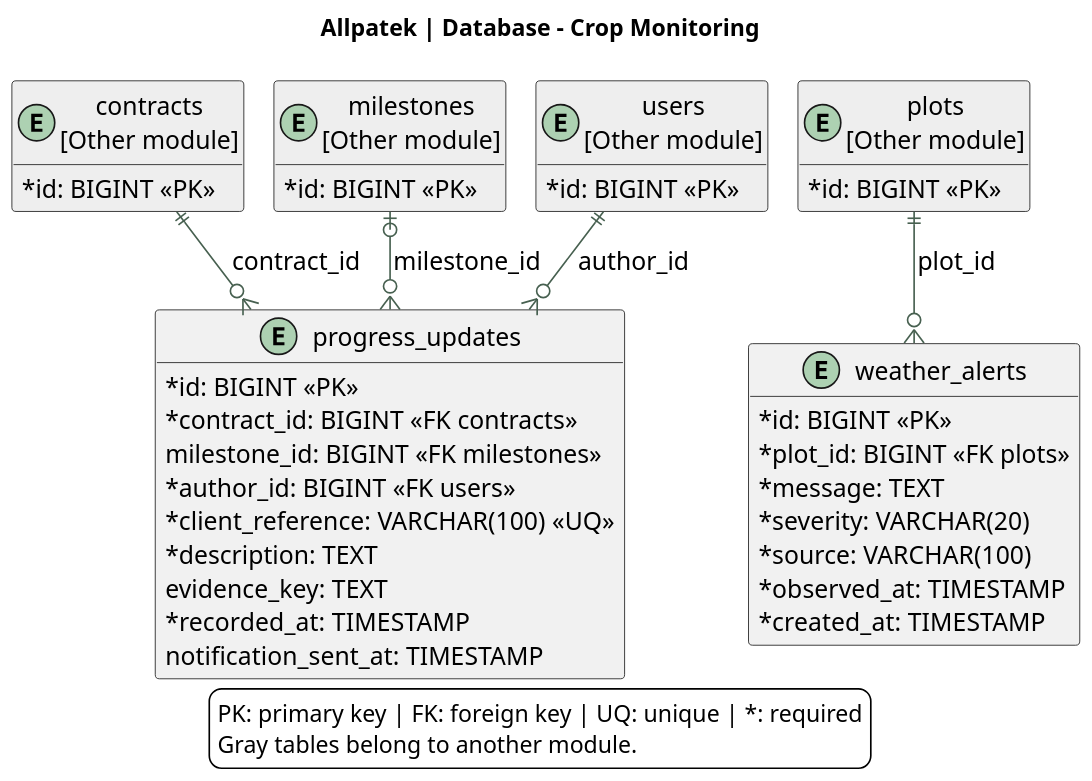
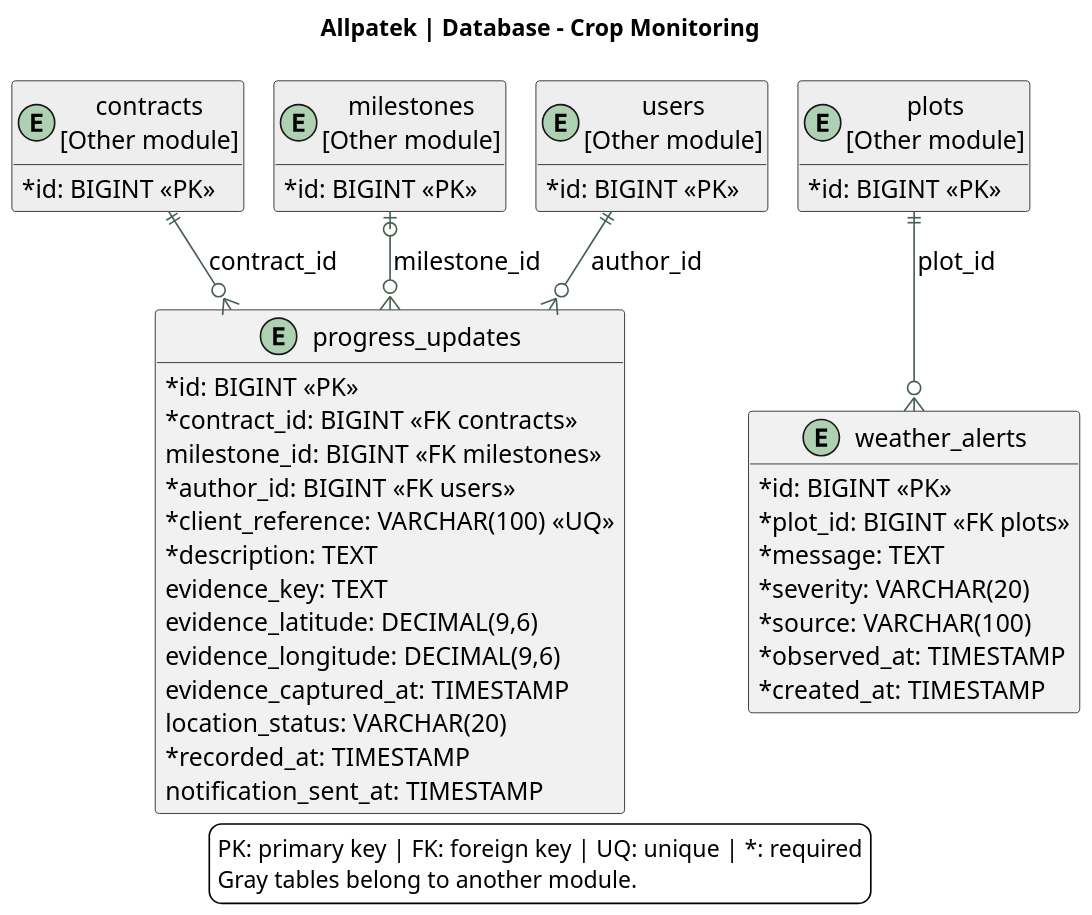
The diagram in assets/chapter-04/architecture/17-database-monitoring.puml (upc-pre-202620-1asi0729-7753-Terranova/allpatek-report), drawn with PlantUML before and after one commit. The commit also changed 12 other files, not shown here.

Commit message:
docs(architecture): add verification and evidence fields

```diff
--- a/assets/chapter-04/architecture/17-database-monitoring.puml
+++ b/assets/chapter-04/architecture/17-database-monitoring.puml
@@ -1,53 +1,57 @@
 @startuml
 !pragma layout smetana
 skinparam backgroundColor white
 skinparam defaultFontName SansSerif
 skinparam defaultFontSize 15
 skinparam shadowing false
 skinparam classAttributeIconSize 0
 skinparam ArrowColor #476050
 skinparam dpi 140
 title Allpatek | Database - Crop Monitoring
 top to bottom direction
 hide methods
 entity "progress_updates" as progress_updates {
  {field} * id: BIGINT <<PK>>
  {field} * contract_id: BIGINT <<FK contracts>>
  {field} milestone_id: BIGINT <<FK milestones>>
  {field} * author_id: BIGINT <<FK users>>
  {field} * client_reference: VARCHAR(100) <<UQ>>
  {field} * description: TEXT
  {field} evidence_key: TEXT
+ {field} evidence_latitude: DECIMAL(9,6)
+ {field} evidence_longitude: DECIMAL(9,6)
+ {field} evidence_captured_at: TIMESTAMP
+ {field} location_status: VARCHAR(20)
  {field} * recorded_at: TIMESTAMP
  {field} notification_sent_at: TIMESTAMP
 }
 entity "weather_alerts" as weather_alerts {
  {field} * id: BIGINT <<PK>>
  {field} * plot_id: BIGINT <<FK plots>>
  {field} * message: TEXT
  {field} * severity: VARCHAR(20)
  {field} * source: VARCHAR(100)
  {field} * observed_at: TIMESTAMP
  {field} * created_at: TIMESTAMP
 }
 entity "contracts\n[Other module]" as contracts #EEEEEE {
  * id: BIGINT <<PK>>
 }
 entity "plots\n[Other module]" as plots #EEEEEE {
  * id: BIGINT <<PK>>
 }
 entity "milestones\n[Other module]" as milestones #EEEEEE {
  * id: BIGINT <<PK>>
 }
 entity "users\n[Other module]" as users #EEEEEE {
  * id: BIGINT <<PK>>
 }
 contracts ||--o{ progress_updates : contract_id
 milestones |o--o{ progress_updates : milestone_id
 users ||--o{ progress_updates : author_id
 plots ||--o{ weather_alerts : plot_id
 legend bottom
 PK: primary key | FK: foreign key | UQ: unique | *: required
 Gray tables belong to another module.
 endlegend
 @enduml
```
